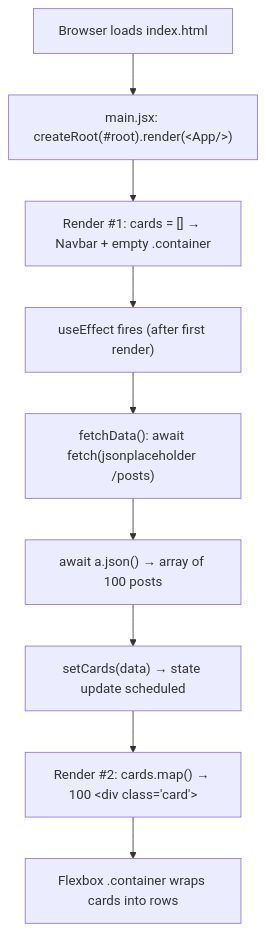
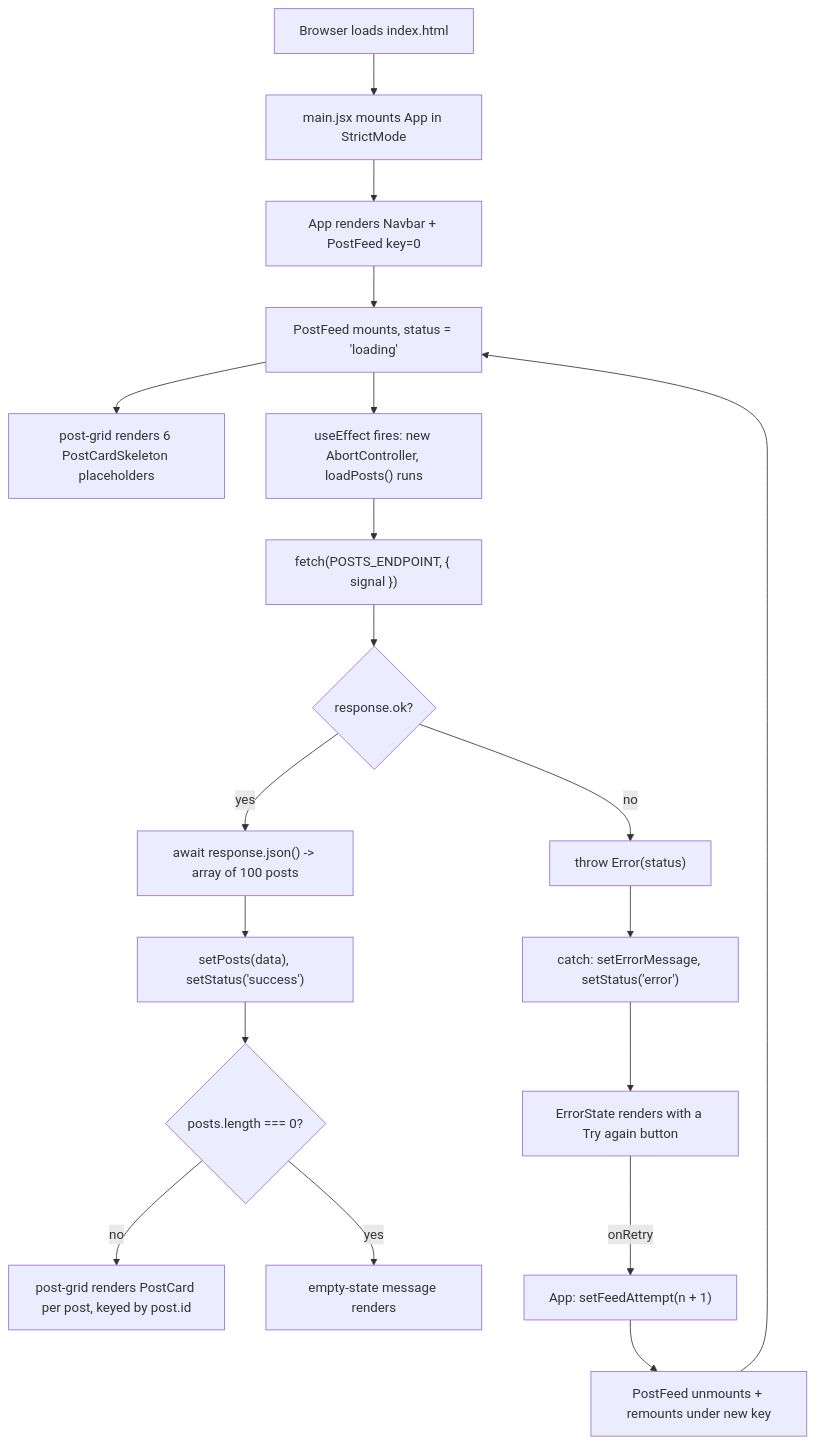
Before and after one commit to ShAuRyA-Noodle/First-Spellbook-WebDev: the diagram in Lec-113 Solution Display the cards/Readme.md, drawn with Mermaid. The commit also changed other lines of this file and 75 other files, not shown here.

````diff
--- a/Lec-113 Solution Display the cards/Readme.md
+++ b/Lec-113 Solution Display the cards/Readme.md
@@ -309,11 +559,20 @@
 ```mermaid
 flowchart TD
-    A["Browser loads index.html"] --> B["main.jsx: createRoot(#root).render(&lt;App/&gt;)"]
-    B --> C["Render #1: cards = [] → Navbar + empty .container"]
-    C --> D["useEffect fires (after first render)"]
-    D --> E["fetchData(): await fetch(jsonplaceholder /posts)"]
-    E --> F["await a.json() → array of 100 posts"]
-    F --> G["setCards(data) → state update scheduled"]
-    G --> H["Render #2: cards.map() → 100 &lt;div class='card'&gt;"]
-    H --> I["Flexbox .container wraps cards into rows"]
+    A["Browser loads index.html"] --> B["main.jsx mounts App in StrictMode"]
+    B --> C["App renders Navbar + PostFeed key=0"]
+    C --> D["PostFeed mounts, status = 'loading'"]
+    D --> E["post-grid renders 6 PostCardSkeleton placeholders"]
+    D --> F["useEffect fires: new AbortController, loadPosts() runs"]
+    F --> G["fetch(POSTS_ENDPOINT, { signal })"]
+    G --> H{"response.ok?"}
+    H -- yes --> I["await response.json() -> array of 100 posts"]
+    I --> J["setPosts(data), setStatus('success')"]
+    J --> K{"posts.length === 0?"}
+    K -- no --> Kc["post-grid renders PostCard per post, keyed by post.id"]
+    K -- yes --> Ke["empty-state message renders"]
+    H -- no --> L["throw Error(status)"]
+    L --> M["catch: setErrorMessage, setStatus('error')"]
+    M --> N["ErrorState renders with a Try again button"]
+    N -- "onRetry" --> O["App: setFeedAttempt(n + 1)"]
+    O --> P["PostFeed unmounts + remounts under new key"] --> D
 ```
````
